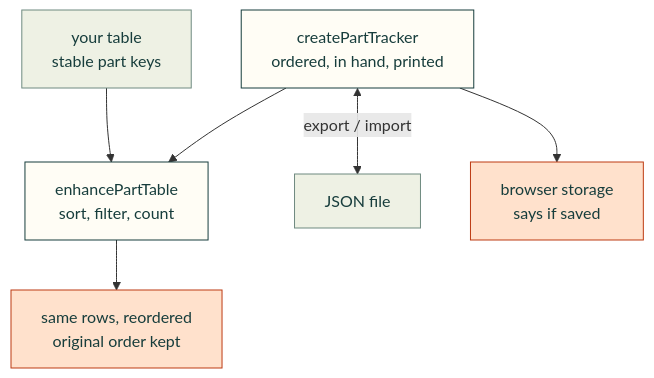
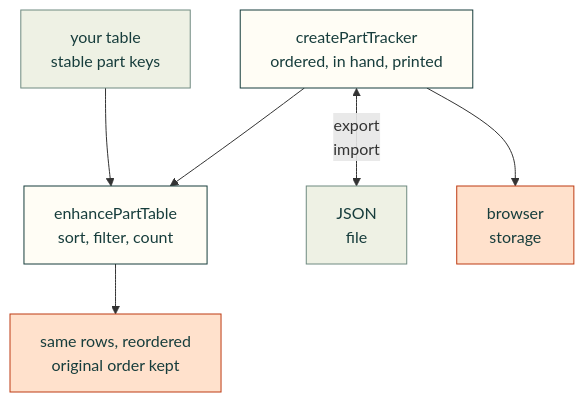
The diagram in docs/web-parts.md (Valpatel/cad-agent), drawn with Mermaid before and after one commit. The commit also changed 5 other files, not shown here.

First line of the commit message:
Diagrams: narrow enough for a 1100 px window with a classic scrollbar

````diff
--- a/docs/web-parts.md
+++ b/docs/web-parts.md
@@ -15,14 +15,14 @@
 ```mermaid
 flowchart TD
     T["your table<br/>stable part keys"] --> E["enhancePartTable<br/>sort, filter, count"]
     Tr["createPartTracker<br/>ordered, in hand, printed"] --> E
     E --> V["same rows, reordered<br/>original order kept"]
-    Tr <-->|"export / import"| J["JSON file"]
-    Tr --> LS["browser storage<br/>says if saved"]
+    Tr <-->|"export<br/>import"| J["JSON<br/>file"]
+    Tr --> LS["browser<br/>storage"]
     classDef here fill:#fffdf5,stroke:#173d3c,color:#173d3c
     classDef near fill:#eef1e4,stroke:#6f8a80,color:#173d3c
     classDef out fill:#ffe1cc,stroke:#bd3a12,color:#173d3c
     class E,Tr here
     class T,J near
     class V,LS out
 ```
````
